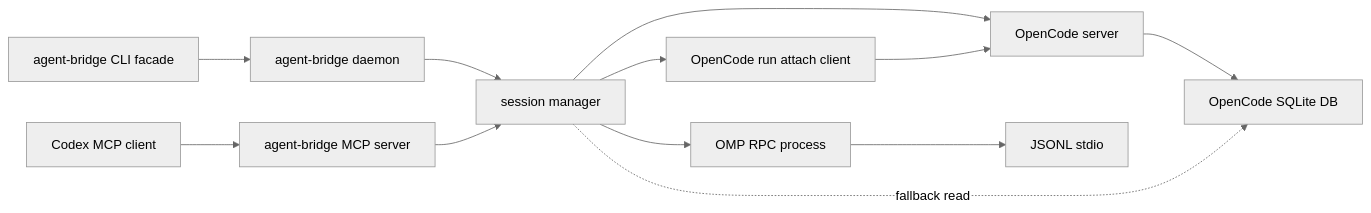
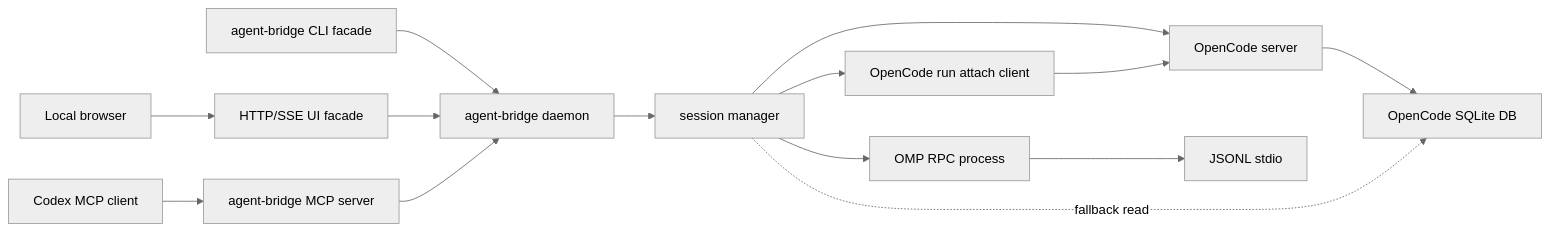
One commit to LeoWang329/agent-bridge changed the diagram in docs/DEVELOPMENT.md. Above: the diagram before and after it, drawn with Mermaid (neutral theme). The commit also changed other lines of this file and 6 other files, not shown here.

````diff
--- a/docs/DEVELOPMENT.md
+++ b/docs/DEVELOPMENT.md
@@ -27,14 +27,16 @@
 ```mermaid
 flowchart LR
   Codex["Codex MCP client"] --> Bridge["agent-bridge MCP server"]
   CLI["agent-bridge CLI facade"] --> Daemon["agent-bridge daemon"]
+  Browser["Local browser"] --> UI["HTTP/SSE UI facade"]
+  UI --> Daemon
+  Bridge --> Daemon
   Daemon --> BridgeCore["session manager"]
-  Bridge --> BridgeCore
   BridgeCore --> OMP["OMP RPC process"]
   BridgeCore --> OCS["OpenCode server"]
   BridgeCore --> OCR["OpenCode run attach client"]
   OMP --> OMPIO["JSONL stdio"]
   OCS --> OCDB["OpenCode SQLite DB"]
   OCR --> OCS
   BridgeCore -. "fallback read" .-> OCDB
 ```
````
